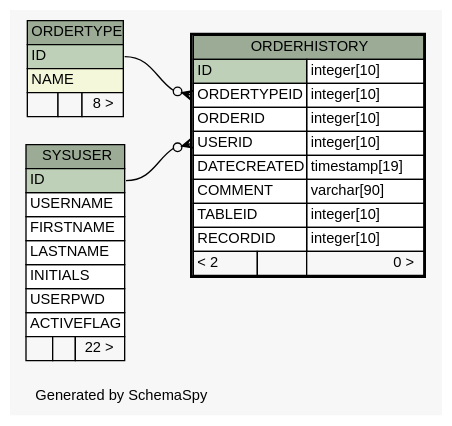
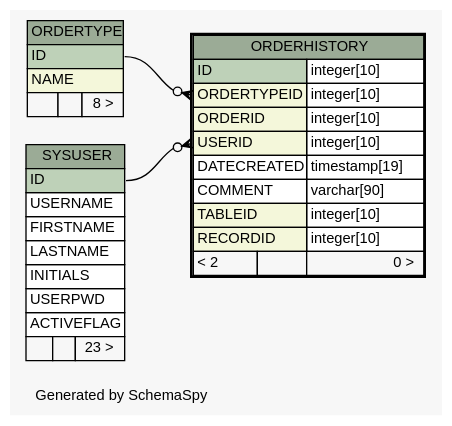
The diagram in dictionary/Fishbowl2013.5/diagrams/ORDERHISTORY.1degree.dot (ilopez/FishbowlDataDictionary), drawn with Graphviz before and after one commit. The commit also changed 958 other files, not shown here.

Commit message:
Fixed the folder structure and updated db with SQL updates, and re ran schemaspy

```diff
--- a/dictionary/Fishbowl2013.5/diagrams/ORDERHISTORY.1degree.dot
+++ b/dictionary/Fishbowl2013.5/diagrams/ORDERHISTORY.1degree.dot
@@ -1,68 +1,68 @@
 // dot 2.26.3 on Linux 3.5.0-34-generic
 // SchemaSpy rev 590
 digraph "oneDegreeRelationshipsDiagram" {
   graph [
     rankdir="RL"
     bgcolor="#f7f7f7"
     label="\nGenerated by SchemaSpy"
     labeljust="l"
     nodesep="0.18"
     ranksep="0.46"
     fontname="Helvetica"
     fontsize="11"
   ];
   node [
     fontname="Helvetica"
     fontsize="11"
     shape="plaintext"
   ];
   edge [
     arrowsize="0.8"
   ];
   "ORDERHISTORY":"ORDERTYPEID":w -> "ORDERTYPE":"ID":e [arrowhead=none dir=back arrowtail=crowodot];
   "ORDERHISTORY":"USERID":w -> "SYSUSER":"ID":e [arrowhead=none dir=back arrowtail=crowodot];
   "ORDERHISTORY" [
     label=<
     <TABLE BORDER="2" CELLBORDER="1" CELLSPACING="0" BGCOLOR="#ffffff">
       <TR><TD COLSPAN="3" BGCOLOR="#9bab96" ALIGN="CENTER">ORDERHISTORY</TD></TR>
       <TR><TD PORT="ID" COLSPAN="2" BGCOLOR="#bed1b8" ALIGN="LEFT">ID</TD><TD PORT="ID.type" ALIGN="LEFT">integer[10]</TD></TR>
-      <TR><TD PORT="ORDERTYPEID" COLSPAN="2" ALIGN="LEFT">ORDERTYPEID</TD><TD PORT="ORDERTYPEID.type" ALIGN="LEFT">integer[10]</TD></TR>
-      <TR><TD PORT="ORDERID" COLSPAN="2" ALIGN="LEFT">ORDERID</TD><TD PORT="ORDERID.type" ALIGN="LEFT">integer[10]</TD></TR>
-      <TR><TD PORT="USERID" COLSPAN="2" ALIGN="LEFT">USERID</TD><TD PORT="USERID.type" ALIGN="LEFT">integer[10]</TD></TR>
+      <TR><TD PORT="ORDERTYPEID" COLSPAN="2" BGCOLOR="#f4f7da" ALIGN="LEFT">ORDERTYPEID</TD><TD PORT="ORDERTYPEID.type" ALIGN="LEFT">integer[10]</TD></TR>
+      <TR><TD PORT="ORDERID" COLSPAN="2" BGCOLOR="#f4f7da" ALIGN="LEFT">ORDERID</TD><TD PORT="ORDERID.type" ALIGN="LEFT">integer[10]</TD></TR>
+      <TR><TD PORT="USERID" COLSPAN="2" BGCOLOR="#f4f7da" ALIGN="LEFT">USERID</TD><TD PORT="USERID.type" ALIGN="LEFT">integer[10]</TD></TR>
       <TR><TD PORT="DATECREATED" COLSPAN="2" ALIGN="LEFT">DATECREATED</TD><TD PORT="DATECREATED.type" ALIGN="LEFT">timestamp[19]</TD></TR>
       <TR><TD PORT="COMMENT" COLSPAN="2" ALIGN="LEFT">COMMENT</TD><TD PORT="COMMENT.type" ALIGN="LEFT">varchar[90]</TD></TR>
-      <TR><TD PORT="TABLEID" COLSPAN="2" ALIGN="LEFT">TABLEID</TD><TD PORT="TABLEID.type" ALIGN="LEFT">integer[10]</TD></TR>
-      <TR><TD PORT="RECORDID" COLSPAN="2" ALIGN="LEFT">RECORDID</TD><TD PORT="RECORDID.type" ALIGN="LEFT">integer[10]</TD></TR>
+      <TR><TD PORT="TABLEID" COLSPAN="2" BGCOLOR="#f4f7da" ALIGN="LEFT">TABLEID</TD><TD PORT="TABLEID.type" ALIGN="LEFT">integer[10]</TD></TR>
+      <TR><TD PORT="RECORDID" COLSPAN="2" BGCOLOR="#f4f7da" ALIGN="LEFT">RECORDID</TD><TD PORT="RECORDID.type" ALIGN="LEFT">integer[10]</TD></TR>
       <TR><TD ALIGN="LEFT" BGCOLOR="#f7f7f7">&lt; 2</TD><TD ALIGN="RIGHT" BGCOLOR="#f7f7f7">  </TD><TD ALIGN="RIGHT" BGCOLOR="#f7f7f7">0 &gt;</TD></TR>
     </TABLE>>
     URL="ORDERHISTORY.html"
     tooltip="ORDERHISTORY"
   ];
   "ORDERTYPE" [
     label=<
     <TABLE BORDER="0" CELLBORDER="1" CELLSPACING="0" BGCOLOR="#ffffff">
       <TR><TD COLSPAN="3" BGCOLOR="#9bab96" ALIGN="CENTER">ORDERTYPE</TD></TR>
       <TR><TD PORT="ID" COLSPAN="3" BGCOLOR="#bed1b8" ALIGN="LEFT">ID</TD></TR>
       <TR><TD PORT="NAME" COLSPAN="3" BGCOLOR="#f4f7da" ALIGN="LEFT">NAME</TD></TR>
       <TR><TD ALIGN="LEFT" BGCOLOR="#f7f7f7">  </TD><TD ALIGN="RIGHT" BGCOLOR="#f7f7f7">  </TD><TD ALIGN="RIGHT" BGCOLOR="#f7f7f7">8 &gt;</TD></TR>
     </TABLE>>
     URL="ORDERTYPE.html"
     tooltip="ORDERTYPE"
   ];
   "SYSUSER" [
     label=<
     <TABLE BORDER="0" CELLBORDER="1" CELLSPACING="0" BGCOLOR="#ffffff">
       <TR><TD COLSPAN="3" BGCOLOR="#9bab96" ALIGN="CENTER">SYSUSER</TD></TR>
       <TR><TD PORT="ID" COLSPAN="3" BGCOLOR="#bed1b8" ALIGN="LEFT">ID</TD></TR>
       <TR><TD PORT="USERNAME" COLSPAN="3" ALIGN="LEFT">USERNAME</TD></TR>
       <TR><TD PORT="FIRSTNAME" COLSPAN="3" ALIGN="LEFT">FIRSTNAME</TD></TR>
       <TR><TD PORT="LASTNAME" COLSPAN="3" ALIGN="LEFT">LASTNAME</TD></TR>
       <TR><TD PORT="INITIALS" COLSPAN="3" ALIGN="LEFT">INITIALS</TD></TR>
       <TR><TD PORT="USERPWD" COLSPAN="3" ALIGN="LEFT">USERPWD</TD></TR>
       <TR><TD PORT="ACTIVEFLAG" COLSPAN="3" ALIGN="LEFT">ACTIVEFLAG</TD></TR>
-      <TR><TD ALIGN="LEFT" BGCOLOR="#f7f7f7">  </TD><TD ALIGN="RIGHT" BGCOLOR="#f7f7f7">  </TD><TD ALIGN="RIGHT" BGCOLOR="#f7f7f7">22 &gt;</TD></TR>
+      <TR><TD ALIGN="LEFT" BGCOLOR="#f7f7f7">  </TD><TD ALIGN="RIGHT" BGCOLOR="#f7f7f7">  </TD><TD ALIGN="RIGHT" BGCOLOR="#f7f7f7">23 &gt;</TD></TR>
     </TABLE>>
     URL="SYSUSER.html"
     tooltip="SYSUSER"
   ];
 }
```
